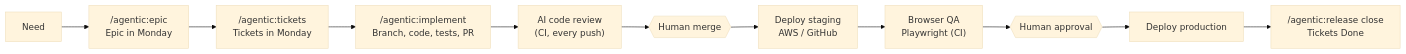
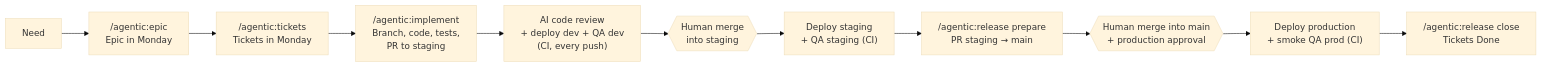
The diagram in README.md (christophe77/agentic-delivery-pipeline), drawn with Mermaid (base theme) before and after one commit. The commit also changed other lines of this file and 27 other files, not shown here.

First line of the commit message:
feat: staging -> main branch model with dev, staging and production QA

````diff
--- a/README.md
+++ b/README.md
@@ -30,13 +30,13 @@
 ```mermaid
 flowchart LR
     A[Need] --> B["/agentic:epic<br/>Epic in Monday"]
     B --> C["/agentic:tickets<br/>Tickets in Monday"]
-    C --> D["/agentic:implement<br/>Branch, code, tests, PR"]
-    D --> E["AI code review<br/>(CI, every push)"]
-    E --> F{{Human merge}}
-    F --> G["Deploy staging<br/>AWS / GitHub"]
-    G --> H["Browser QA<br/>Playwright (CI)"]
-    H --> I{{Human approval}}
-    I --> J["Deploy production"]
+    C --> D["/agentic:implement<br/>Branch, code, tests,<br/>PR to staging"]
+    D --> E["AI code review<br/>+ deploy dev + QA dev<br/>(CI, every push)"]
+    E --> F{{Human merge<br/>into staging}}
+    F --> G["Deploy staging<br/>+ QA staging (CI)"]
+    G --> H["/agentic:release prepare<br/>PR staging → main"]
+    H --> I{{Human merge into main<br/>+ production approval}}
+    I --> J["Deploy production<br/>+ smoke QA prod (CI)"]
     J --> K["/agentic:release close<br/>Tickets Done"]
 ```
````
